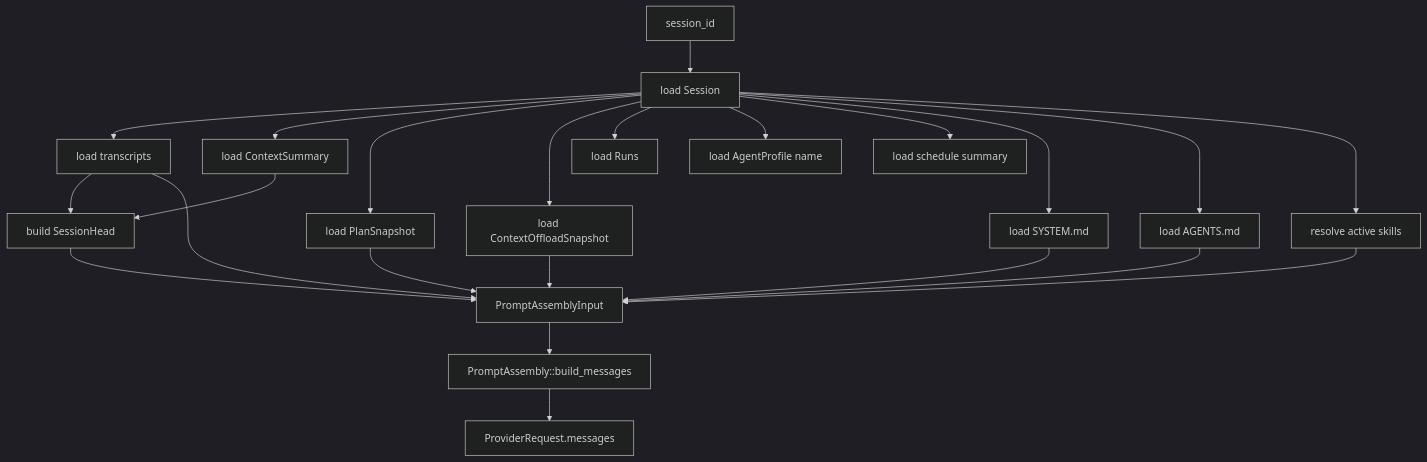
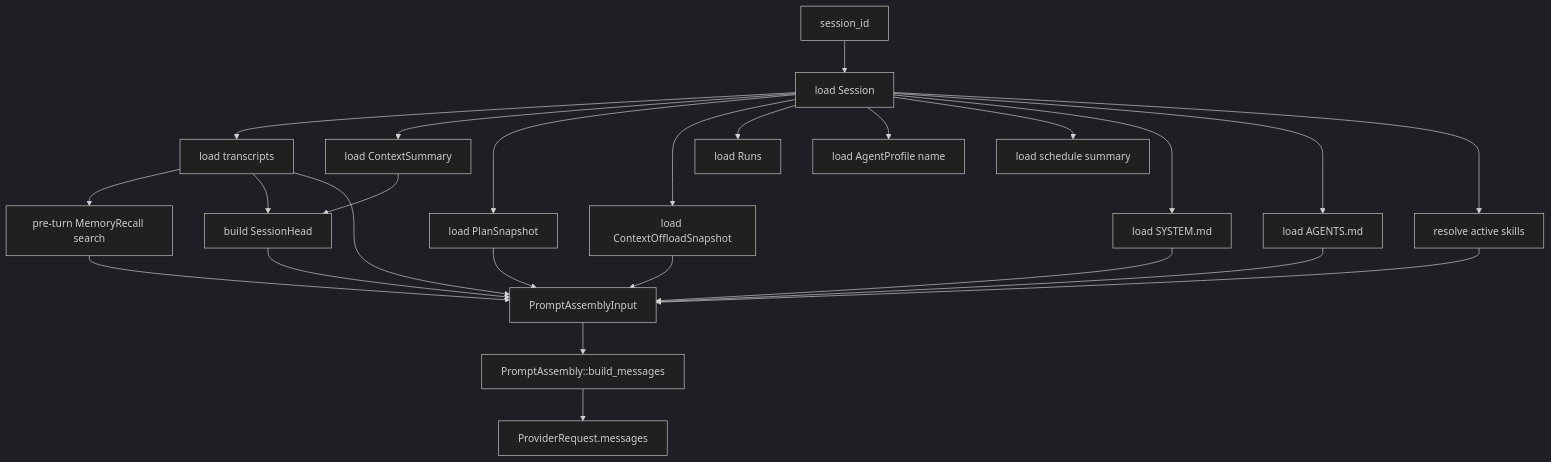
Before and after one commit to galiakhmetovc/scaling-lamp: the first of 3 diagrams in docs/current/12-prompt-contract-decision.md, drawn with Mermaid (dark theme). The commit also changed other lines of this file and 24 other files, not shown here.

Commit message:
Add automatic memory recall prompt layer

````diff
--- a/docs/current/12-prompt-contract-decision.md
+++ b/docs/current/12-prompt-contract-decision.md
@@ -206,25 +212,27 @@
 ```mermaid
 flowchart TD
     A[session_id] --> B[load Session]
     B --> C[load transcripts]
     B --> D[load ContextSummary]
     B --> E[load PlanSnapshot]
     B --> F[load ContextOffloadSnapshot]
     B --> G[load Runs]
     B --> H[load AgentProfile name]
     B --> I[load schedule summary]
+    C --> R[pre-turn MemoryRecall search]
     C --> J[build SessionHead]
     D --> J
     E --> K[PromptAssemblyInput]
     F --> K
     J --> K
+    R --> K
     B --> L[load SYSTEM.md]
     B --> M[load AGENTS.md]
     B --> N[resolve active skills]
     L --> K
     M --> K
     N --> K
     C --> K
     K --> O[PromptAssembly::build_messages]
     O --> P[ProviderRequest.messages]
 ```
````
